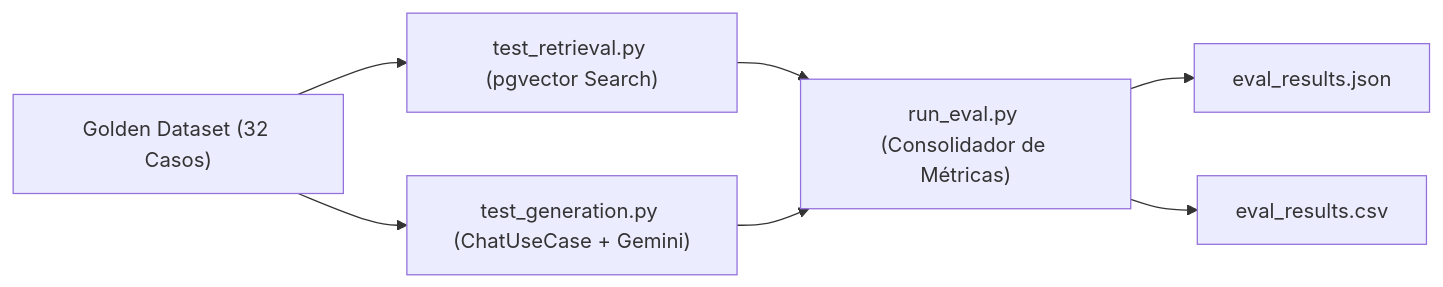
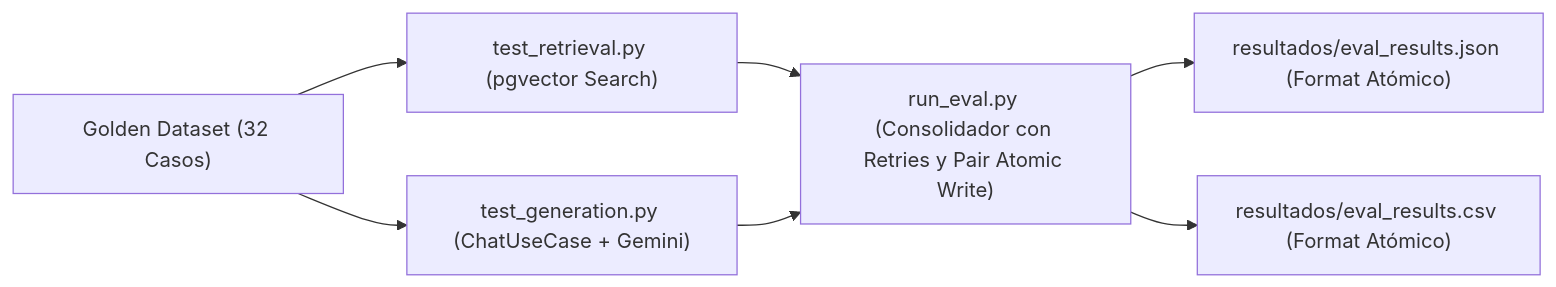
One commit to Tomioka1809/Tutoria-IA changed the diagram in documentacion/05_banco_pruebas.md. Above: the diagram before and after it, drawn with Mermaid. The commit also changed other lines of this file and 2 other files, not shown here.

````diff
--- a/documentacion/05_banco_pruebas.md
+++ b/documentacion/05_banco_pruebas.md
@@ -14,9 +17,9 @@
 ```mermaid
 graph LR
     GoldenSet["Golden Dataset (32 Casos)"] --> TestRetrieval["test_retrieval.py (pgvector Search)"]
     GoldenSet --> TestGeneration["test_generation.py (ChatUseCase + Gemini)"]
-    TestRetrieval --> RunEval["run_eval.py (Consolidador de Métricas)"]
+    TestRetrieval --> RunEval["run_eval.py (Consolidador con Retries y Pair Atomic Write)"]
     TestGeneration --> RunEval
-    RunEval --> ExportJSON["eval_results.json"]
-    RunEval --> ExportCSV["eval_results.csv"]
+    RunEval --> ExportJSON["resultados/eval_results.json (Format Atómico)"]
+    RunEval --> ExportCSV["resultados/eval_results.csv (Format Atómico)"]
 ```
````
